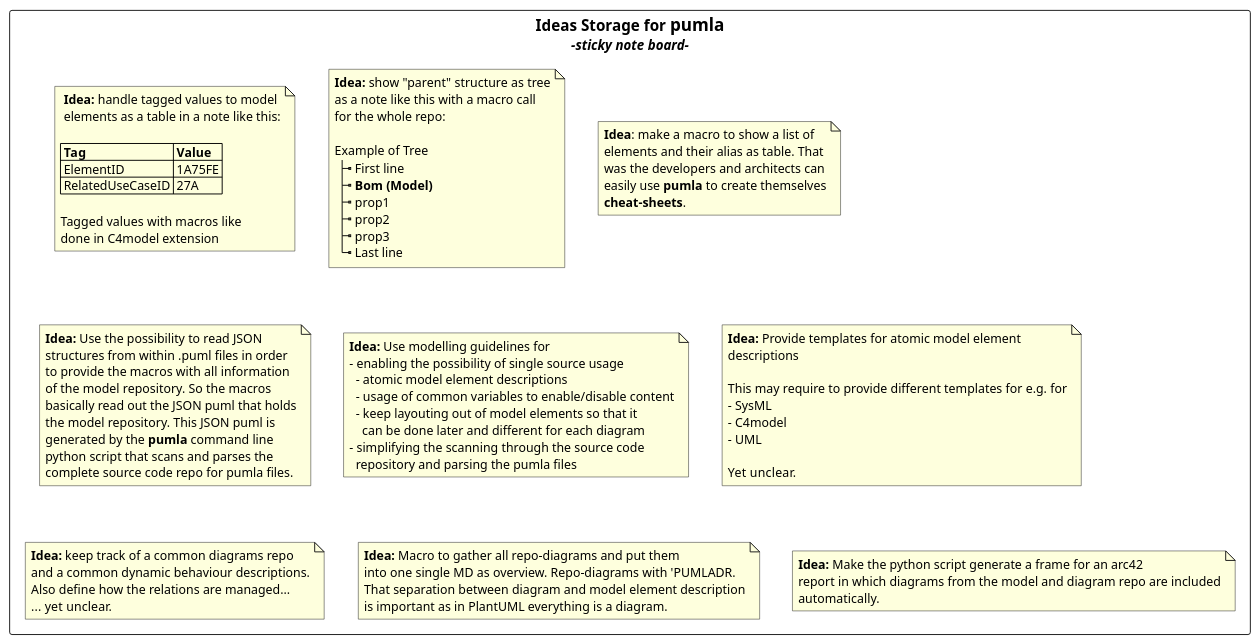
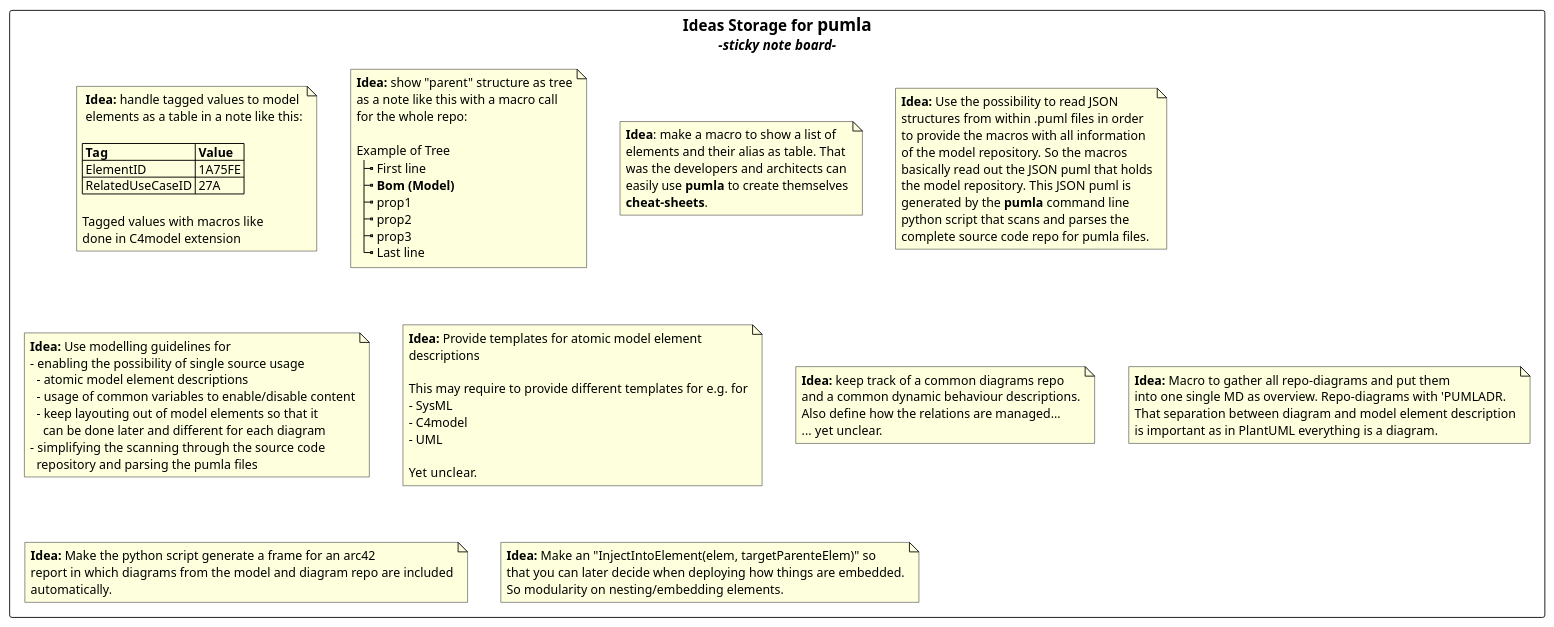
One commit to DrMarkusVoss/pumla changed the diagram in ideas_storage.puml. Above: the diagram before and after it, drawn with PlantUML. The commit also changed 18 other files, not shown here.

```diff
--- a/ideas_storage.puml
+++ b/ideas_storage.puml
@@ -1,92 +1,98 @@
 @startuml
 rectangle "== Ideas Storage for **pumla**\n <i>-sticky note board- " {
 note as n1
    **Idea:** handle tagged values to model
    elements as a table in a note like this:
 
   |= Tag |= Value |
   | ElementID | 1A75FE |
   | RelatedUseCaseID | 27A |
 
   Tagged values with macros like
   done in C4model extension
 end note
 
 note as n2
 **Idea:** show "parent" structure as tree
 as a note like this with a macro call
 for the whole repo:
 
 Example of Tree
 |_ First line
 |_ **Bom (Model)**
 |_ prop1
 |_ prop2
 |_ prop3
 |_ Last line
 end note
 
 note as n3
 **Idea**: make a macro to show a list of
 elements and their alias as table. That
 was the developers and architects can
 easily use **pumla** to create themselves
 **cheat-sheets**.
 end note
 
 note as n4
 **Idea:** Use the possibility to read JSON
 structures from within .puml files in order
 to provide the macros with all information
 of the model repository. So the macros
 basically read out the JSON puml that holds
 the model repository. This JSON puml is
 generated by the **pumla** command line
 python script that scans and parses the
 complete source code repo for pumla files.
 end note
 
 note as n5
 **Idea:** Use modelling guidelines for
 - enabling the possibility of single source usage
   - atomic model element descriptions
   - usage of common variables to enable/disable content
   - keep layouting out of model elements so that it
     can be done later and different for each diagram
 - simplifying the scanning through the source code
   repository and parsing the pumla files
 end note
 
 note as n6
 **Idea:** Provide templates for atomic model element
 descriptions
 
 This may require to provide different templates for e.g. for
 - SysML
 - C4model
 - UML
 
 Yet unclear.
 end note
 
 note as n7
 **Idea:** keep track of a common diagrams repo
 and a common dynamic behaviour descriptions.
 Also define how the relations are managed...
 ... yet unclear.
 end note
 
 note as n8
 **Idea:** Macro to gather all repo-diagrams and put them
 into one single MD as overview. Repo-diagrams with 'PUMLADR.
 That separation between diagram and model element description
 is important as in PlantUML everything is a diagram.
 end note
 
 note as n9
 **Idea:** Make the python script generate a frame for an arc42
 report in which diagrams from the model and diagram repo are included
 automatically.
 end note
+
+note as n10
+**Idea:** Make an "InjectIntoElement(elem, targetParenteElem)" so
+that you can later decide when deploying how things are embedded.
+So modularity on nesting/embedding elements.
+end note
 }
 @enduml
```
